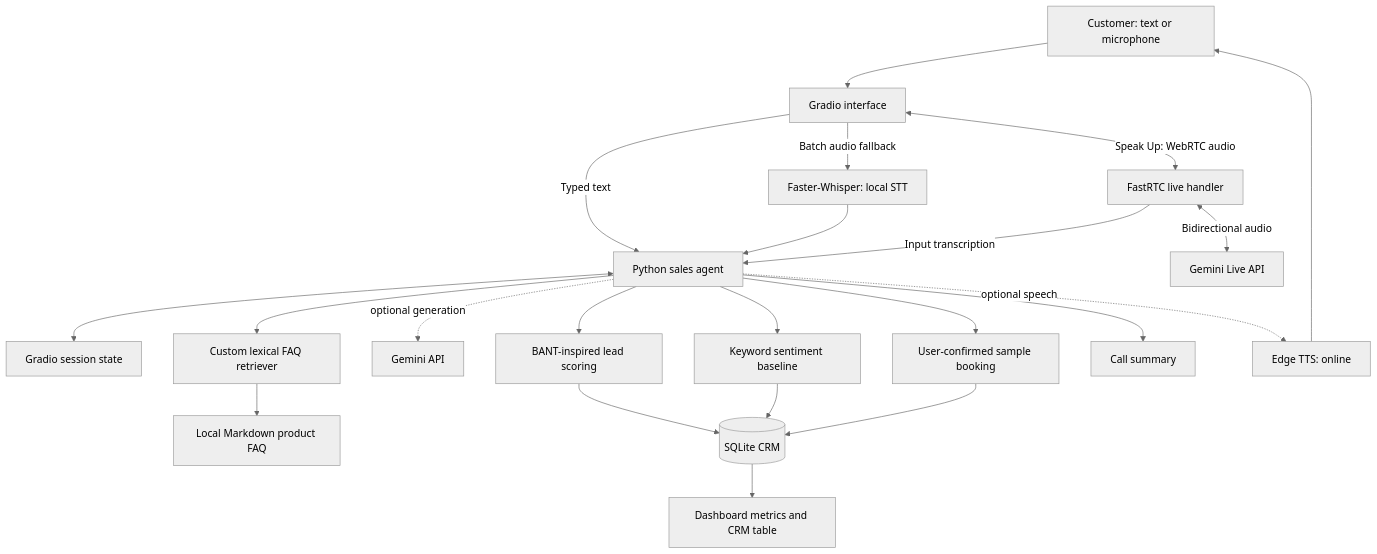
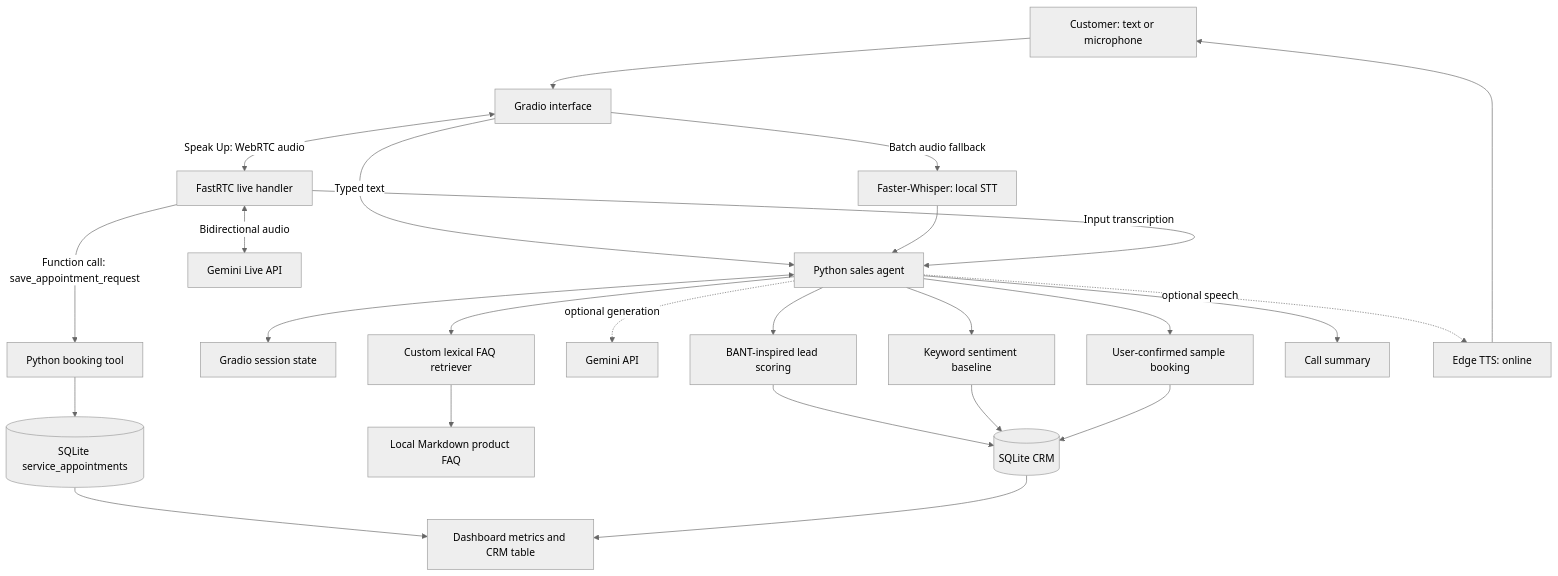
Before and after one commit to Yogeshyadav870/AAHVANI-AI: the diagram in architecture/system_architecture.md, drawn with Mermaid (neutral theme). The commit also changed other lines of this file, not shown here.

Commit message:
Document Gemini Live appointment function calling architecture

````diff
--- a/architecture/system_architecture.md
+++ b/architecture/system_architecture.md
@@ -7,24 +7,27 @@
 ```mermaid
 flowchart TD
     Customer[Customer: text or microphone] --> UI[Gradio interface]
     UI -->|Typed text| Agent[Python sales agent]
     UI -->|Batch audio fallback| STT[Faster-Whisper: local STT]
     STT --> Agent
     UI <-->|Speak Up: WebRTC audio| Live[FastRTC live handler]
     Live <-->|Bidirectional audio| GeminiLive[Gemini Live API]
     Live -->|Input transcription| Agent
+    Live -->|Function call: save_appointment_request| BookingTool[Python booking tool]
+    BookingTool --> ServiceAppointments[(SQLite service_appointments)]
+    ServiceAppointments --> Dashboard
     Agent <--> Memory[Gradio session state]
     Agent --> Retriever[Custom lexical FAQ retriever]
     Retriever --> KB[Local Markdown product FAQ]
     Agent -. optional generation .-> Gemini[Gemini API]
     Agent --> Qualifier[BANT-inspired lead scoring]
     Agent --> Sentiment[Keyword sentiment baseline]
     Qualifier --> CRM[(SQLite CRM)]
     Sentiment --> CRM
     Agent --> Booking[User-confirmed sample booking]
     Booking --> CRM
     Agent --> Summary[Call summary]
     CRM --> Dashboard[Dashboard metrics and CRM table]
     Agent -. optional speech .-> TTS[Edge TTS: online]
     TTS --> Customer
 ```
````
